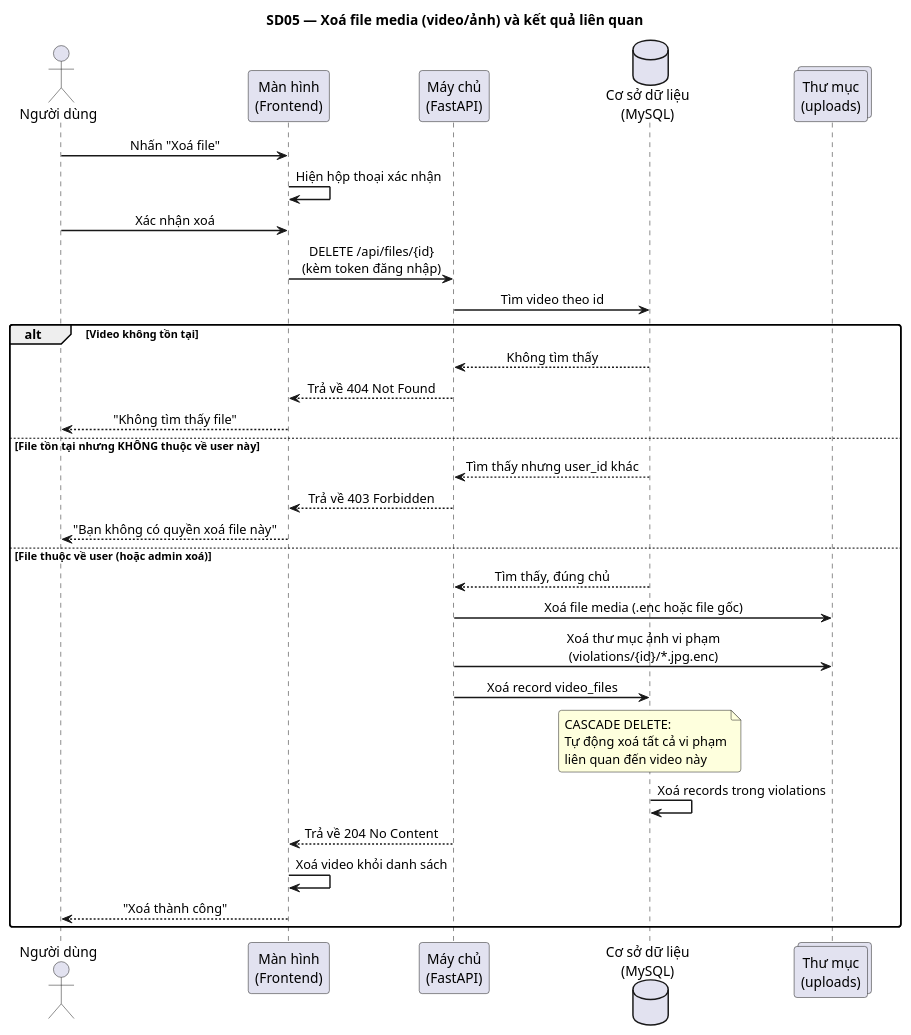
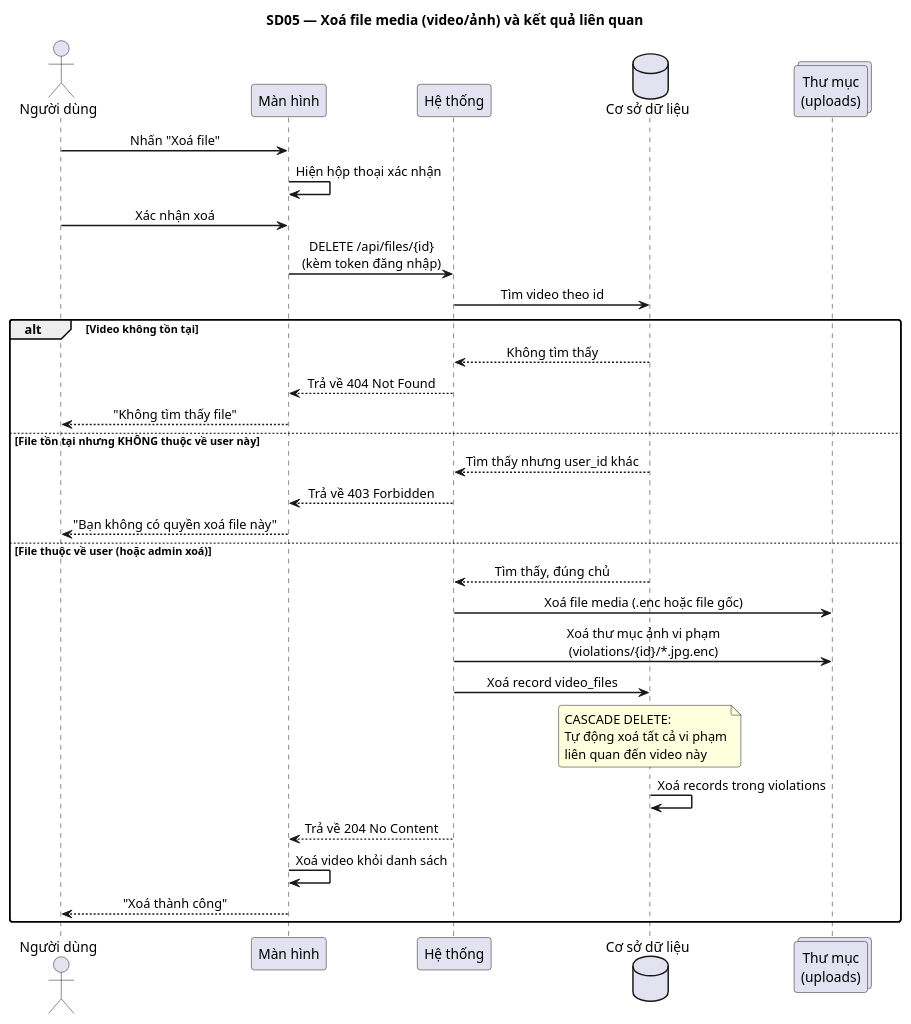
Before and after one commit to giangmichy/Do_an: the fifth of 6 diagrams in 3SOC_Sequence_Diagrams_QA.puml, drawn with PlantUML. The commit also changed other lines of this file and 11 other files, not shown here.

```diff
--- a/3SOC_Sequence_Diagrams_QA.puml
+++ b/3SOC_Sequence_Diagrams_QA.puml
@@ -181,48 +222,48 @@
 @startuml SD05_XoaVideo
 title SD05 — Xoá file media (video/ảnh) và kết quả liên quan
 
 skinparam sequenceMessageAlign center
 skinparam ParticipantPadding 20
 skinparam BoxPadding 10
 skinparam sequenceArrowThickness 1.5
 skinparam roundcorner 6
 
 actor       "Người dùng" as User
-participant "Màn hình\n(Frontend)"  as FE
-participant "Máy chủ\n(FastAPI)"    as BE
-database    "Cơ sở dữ liệu\n(MySQL)" as DB
+participant "Màn hình"  as FE
+participant "Hệ thống"    as BE
+database    "Cơ sở dữ liệu" as DB
 collections "Thư mục\n(uploads)"    as Disk
 
 User -> FE : Nhấn "Xoá file"
 FE -> FE : Hiện hộp thoại xác nhận
 User -> FE : Xác nhận xoá
 FE -> BE : DELETE /api/files/{id}\n(kèm token đăng nhập)
 BE -> DB : Tìm video theo id
 
 alt Video không tồn tại
     DB --> BE : Không tìm thấy
     BE --> FE : Trả về 404 Not Found
     FE --> User : "Không tìm thấy file"
 else File tồn tại nhưng KHÔNG thuộc về user này
     DB --> BE : Tìm thấy nhưng user_id khác
     BE --> FE : Trả về 403 Forbidden
     FE --> User : "Bạn không có quyền xoá file này"
 else File thuộc về user (hoặc admin xoá)
     DB --> BE : Tìm thấy, đúng chủ
 
     BE -> Disk : Xoá file media (.enc hoặc file gốc)
     BE -> Disk : Xoá thư mục ảnh vi phạm\n(violations/{id}/*.jpg.enc)
     BE -> DB : Xoá record video_files
     note over DB
       CASCADE DELETE:
       Tự động xoá tất cả vi phạm
       liên quan đến video này
     end note
     DB -> DB : Xoá records trong violations
 
     BE --> FE : Trả về 204 No Content
     FE -> FE : Xoá video khỏi danh sách
     FE --> User : "Xoá thành công"
 end
 
 @enduml
```
